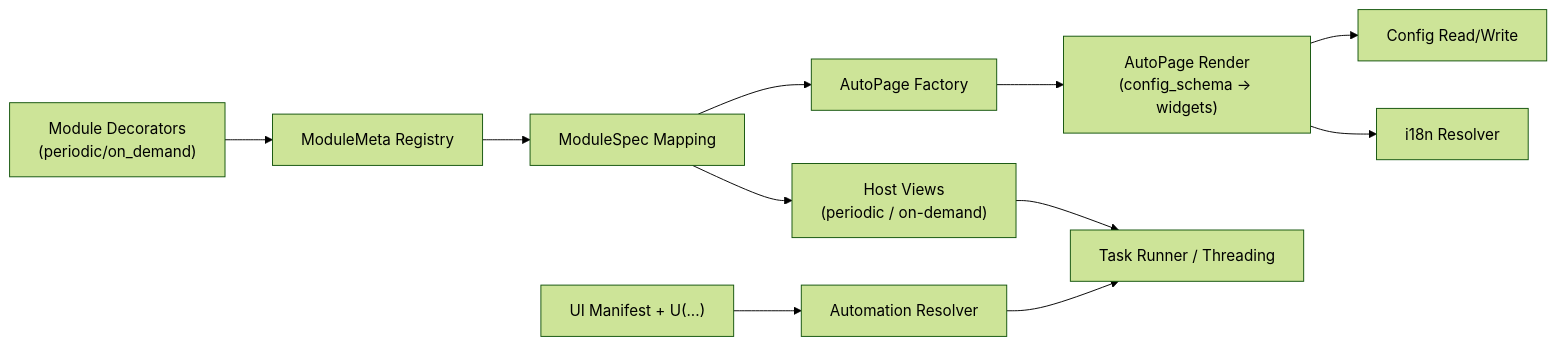
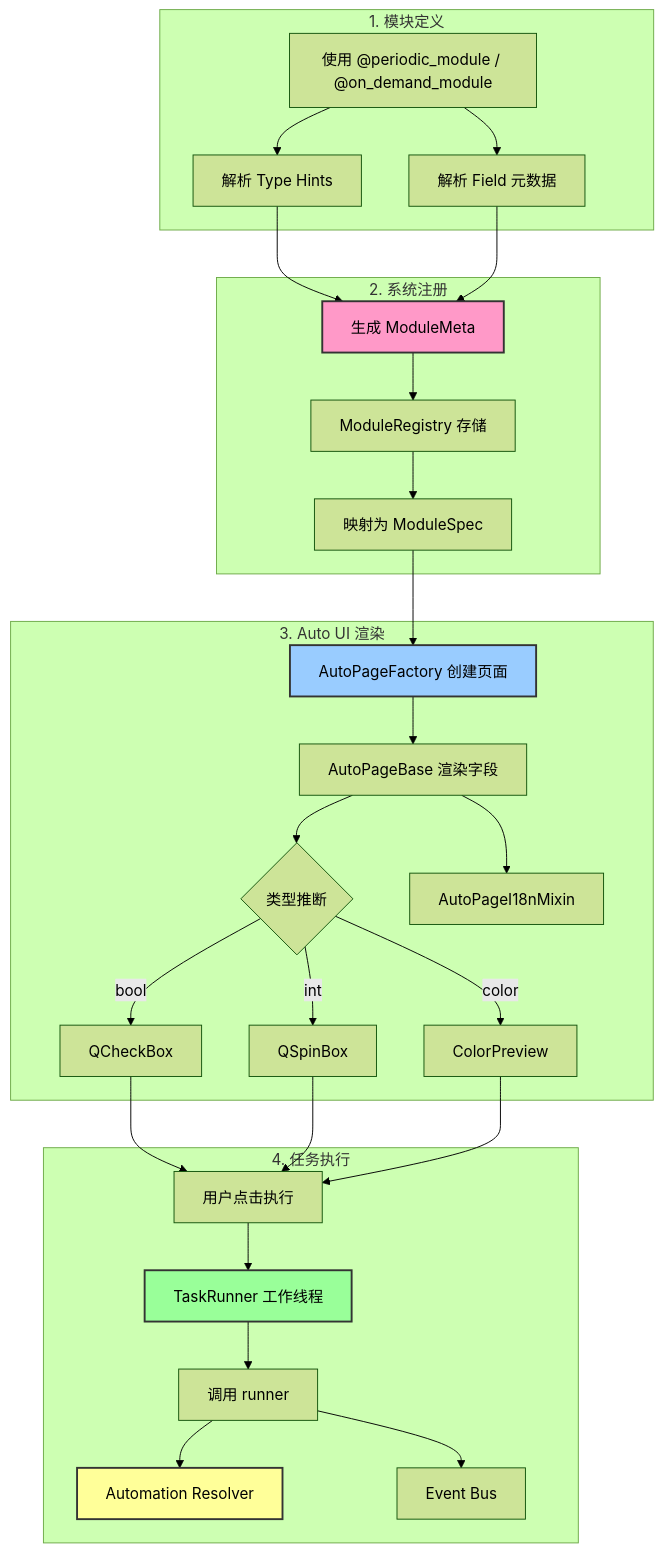
Before and after one commit to mofaoss/SaaAutomataAcacia: the diagram in docs/developer.md, drawn with Mermaid (forest theme). The commit also changed other lines of this file and 17 other files, not shown here.

````diff
--- a/docs/developer.md
+++ b/docs/developer.md
@@ -67,13 +67,57 @@
 ```mermaid
-flowchart LR
-    A["Module Decorators\n(periodic/on_demand)"] --> B["ModuleMeta Registry"]
-    B --> C["ModuleSpec Mapping"]
-    C --> D["Host Views\n(periodic / on-demand)"]
-    C --> E["AutoPage Factory"]
-    E --> F["AutoPage Render\n(config_schema -> widgets)"]
-    F --> G["Config Read/Write"]
-    F --> H["i18n Resolver"]
-    D --> I["Task Runner / Threading"]
-    J["UI Manifest + U(...)"] --> K["Automation Resolver"]
-    K --> I
+flowchart TD
+    subgraph Phase1["1. 模块定义"]
+        A["使用 @periodic_module / @on_demand_module"]
+        B["解析 Type Hints"]
+        C["解析 Field 元数据"]
+        A --> B
+        A --> C
+    end
+
+    subgraph Phase2["2. 系统注册"]
+        D["生成 ModuleMeta"]
+        E["ModuleRegistry 存储"]
+        F["映射为 ModuleSpec"]
+        B --> D
+        C --> D
+        D --> E
+        E --> F
+    end
+
+    subgraph Phase3["3. Auto UI 渲染"]
+        G["AutoPageFactory 创建页面"]
+        H["AutoPageBase 渲染字段"]
+        I{"类型推断"}
+        J["QCheckBox"]
+        K["QSpinBox"]
+        L["ColorPreview"]
+        M["AutoPageI18nMixin"]
+        F --> G
+        G --> H
+        H --> I
+        I -- bool --> J
+        I -- int --> K
+        I -- color --> L
+        H --> M
+    end
+
+    subgraph Phase4["4. 任务执行"]
+        N["用户点击执行"]
+        O["TaskRunner 工作线程"]
+        P["调用 runner"]
+        Q["Automation Resolver"]
+        R["Event Bus"]
+        J --> N
+        K --> N
+        L --> N
+        N --> O
+        O --> P
+        P --> Q
+        P --> R
+    end
+
+    style D fill:#ff99c8,stroke:#333,stroke-width:2px
+    style G fill:#99ccff,stroke:#333,stroke-width:2px
+    style O fill:#99ff99,stroke:#333,stroke-width:2px
+    style Q fill:#ffff99,stroke:#333,stroke-width:2px
 ```
````
